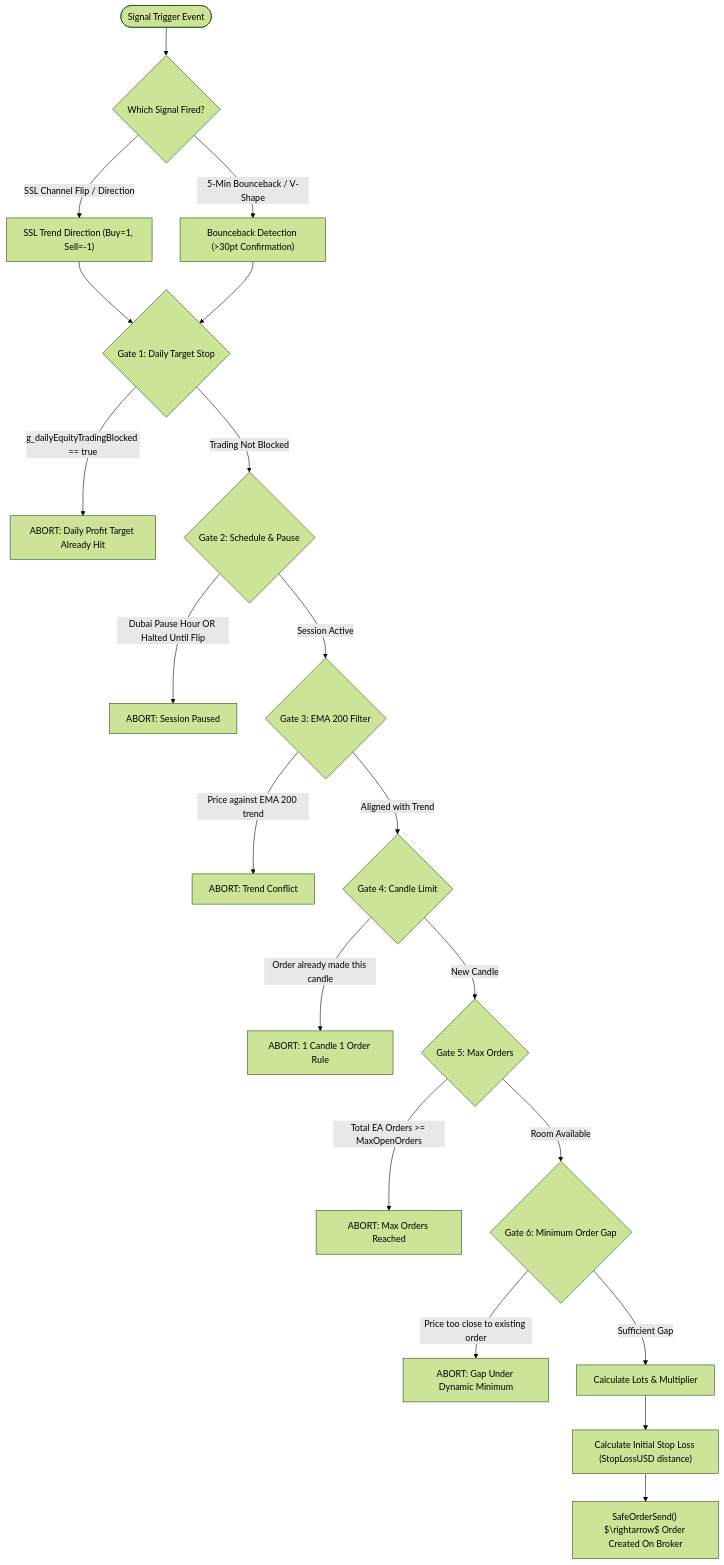
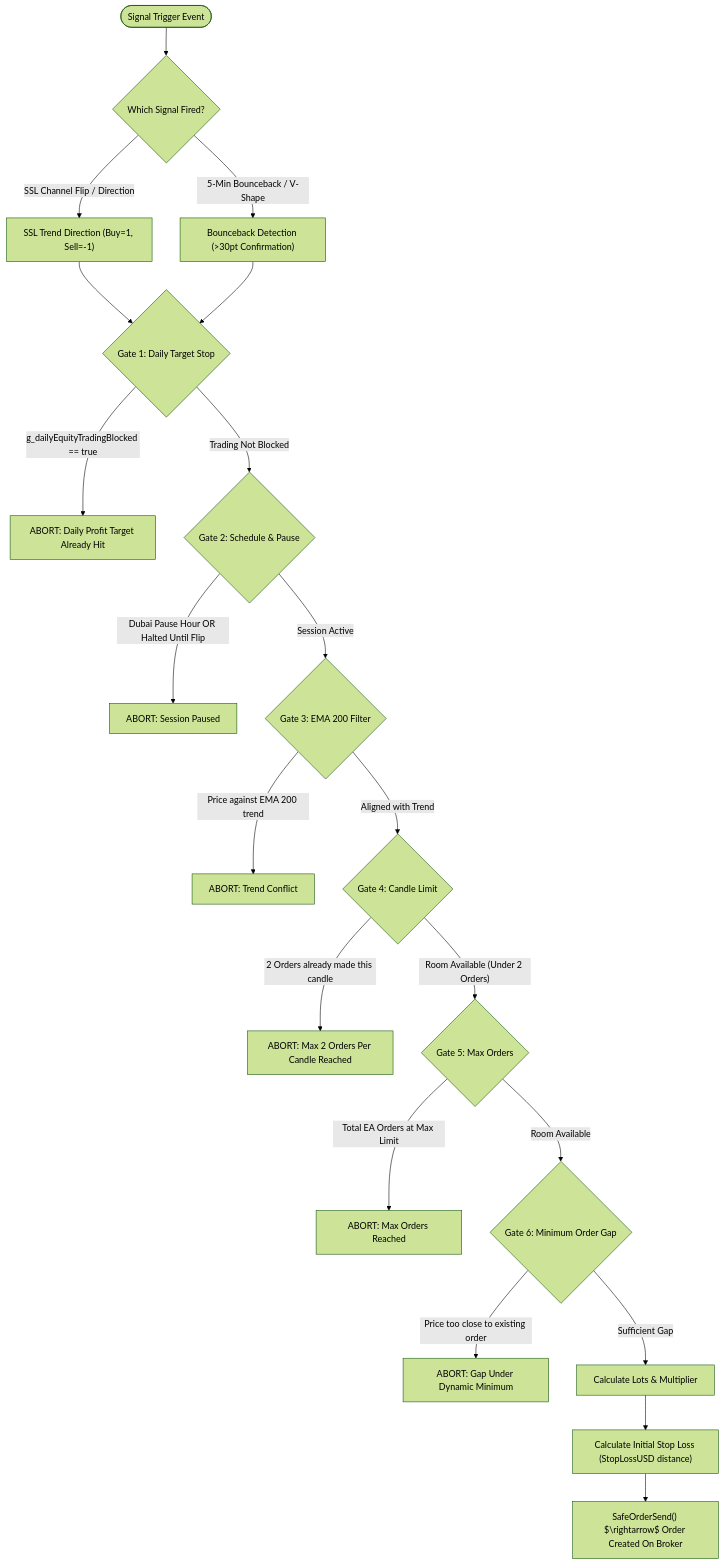
One commit to devcrunch2025/exnessStratagiesExperts changed the second of 5 diagrams in trading-lifecycle-flowchart.md. Above: the diagram before and after it, drawn with Mermaid (forest theme). The commit also changed other lines of this file and 1 other file, not shown here.

Commit message:
Update docs: MaxRecoveryOrders=5 and RecoveryMaxLots=0.05 cap

````diff
--- a/trading-lifecycle-flowchart.md
+++ b/trading-lifecycle-flowchart.md
@@ -35,31 +35,31 @@
 ```mermaid
 flowchart TD
     StartSignal(["Signal Trigger Event"]) --> SigType{"Which Signal Fired?"}
     
     SigType -->|"SSL Channel Flip / Direction"| SSLGate["SSL Trend Direction (Buy=1, Sell=-1)"]
     SigType -->|"5-Min Bounceback / V-Shape"| VShapeGate["Bounceback Detection (>30pt Confirmation)"]
     
     SSLGate --> F1{"Gate 1: Daily Target Stop"}
     VShapeGate --> F1
     
     F1 -->|"g_dailyEquityTradingBlocked == true"| Abort1["ABORT: Daily Profit Target Already Hit"]
     F1 -->|"Trading Not Blocked"| F2{"Gate 2: Schedule & Pause"}
     
     F2 -->|"Dubai Pause Hour OR Halted Until Flip"| Abort2["ABORT: Session Paused"]
     F2 -->|"Session Active"| F3{"Gate 3: EMA 200 Filter"}
     
     F3 -->|"Price against EMA 200 trend"| Abort3["ABORT: Trend Conflict"]
     F3 -->|"Aligned with Trend"| F4{"Gate 4: Candle Limit"}
     
-    F4 -->|"Order already made this candle"| Abort4["ABORT: 1 Candle 1 Order Rule"]
-    F4 -->|"New Candle"| F5{"Gate 5: Max Orders"}
+    F4 -->|"2 Orders already made this candle"| Abort4["ABORT: Max 2 Orders Per Candle Reached"]
+    F4 -->|"Room Available (Under 2 Orders)"| F5{"Gate 5: Max Orders"}
     
-    F5 -->|"Total EA Orders >= MaxOpenOrders"| Abort5["ABORT: Max Orders Reached"]
+    F5 -->|"Total EA Orders at Max Limit"| Abort5["ABORT: Max Orders Reached"]
     F5 -->|"Room Available"| F6{"Gate 6: Minimum Order Gap"}
     
     F6 -->|"Price too close to existing order"| Abort6["ABORT: Gap Under Dynamic Minimum"]
     F6 -->|"Sufficient Gap"| LotCalc["Calculate Lots & Multiplier"]
     
     LotCalc --> SLCalc["Calculate Initial Stop Loss (StopLossUSD distance)"]
     SLCalc --> ExecOrder["SafeOrderSend() $\rightarrow$ Order Created On Broker"]
 ```
````
